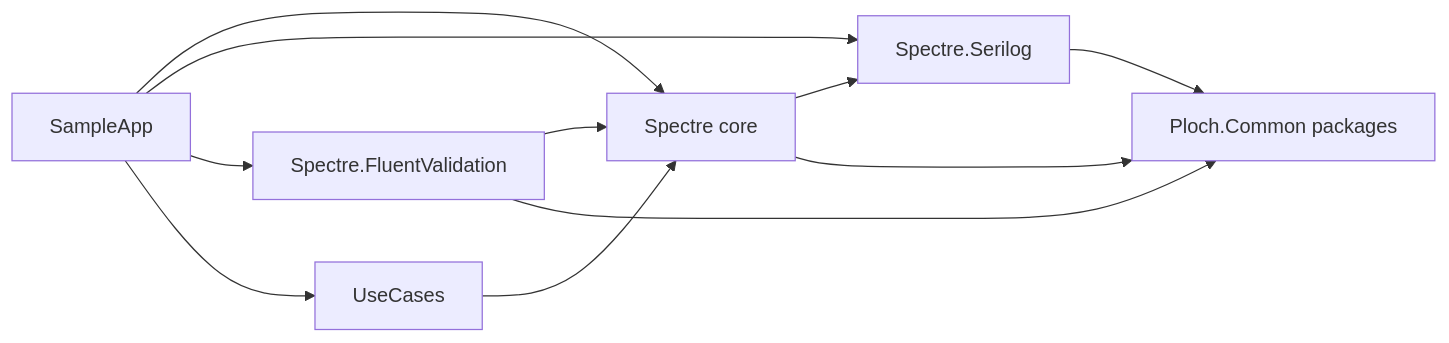
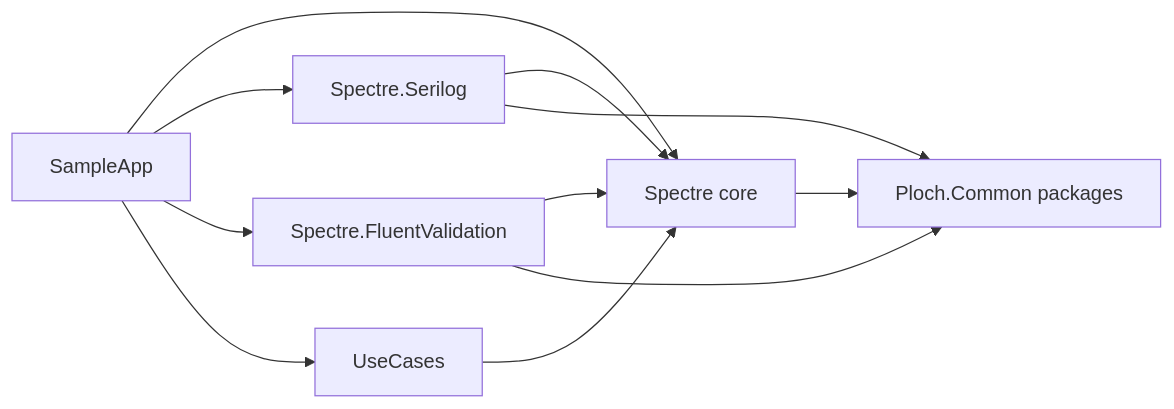
The diagram in docs/ai/ARCHITECTURE.md (mrploch/ploch-commandline), drawn with Mermaid before and after one commit. The commit also changed other lines of this file and 20 other files, not shown here.

First line of the commit message:
feat(spectre)!: Make Serilog opt-in through UseSerilog on the builder (#110)

````diff
--- a/docs/ai/ARCHITECTURE.md
+++ b/docs/ai/ARCHITECTURE.md
@@ -32,13 +32,13 @@
 ```mermaid
 graph LR
   FV[Spectre.FluentValidation] --> Core[Spectre core]
   UC[UseCases] --> Core
-  Core --> Ser[Spectre.Serilog]
+  Ser[Spectre.Serilog] --> Core
   Core --> PC[Ploch.Common packages]
   Ser --> PC
   FV --> PC
   Sample[SampleApp] --> Core
   Sample --> Ser
   Sample --> FV
   Sample --> UC
 ```
````
